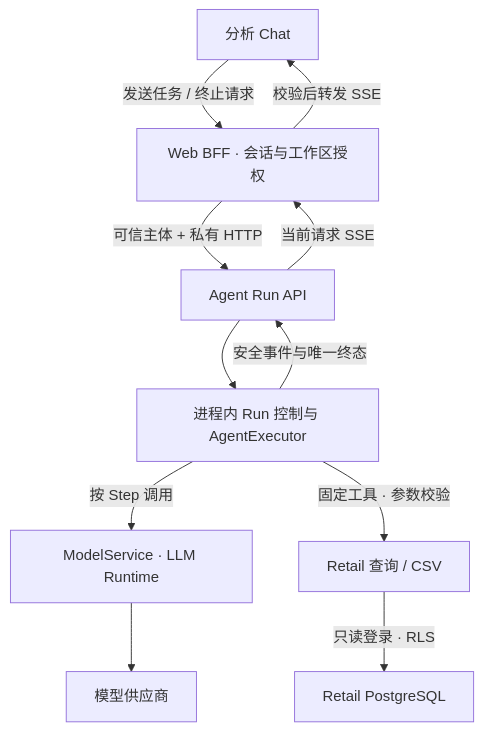
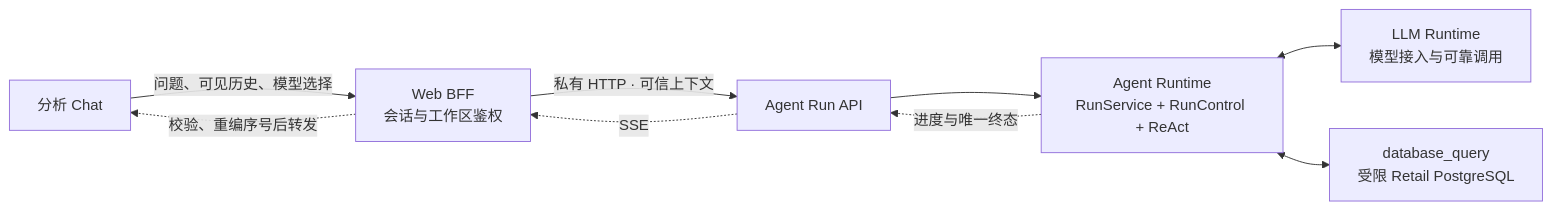
Before and after one commit to RuiLu007/compass: the first of 7 diagrams in mai-specs/989-lesson-15-agent-execution-kernel/design/TECH_DESIGN.md, drawn with Mermaid. The commit also changed other lines of this file and 607 other files, not shown here.

````diff
--- a/mai-specs/989-lesson-15-agent-execution-kernel/design/TECH_DESIGN.md
+++ b/mai-specs/989-lesson-15-agent-execution-kernel/design/TECH_DESIGN.md
@@ -22,13 +15,12 @@
-```mermaid
-flowchart TD
-    W["分析 Chat"] -->|"发送任务 / 终止请求"| B["Web BFF · 会话与工作区授权"]
-    B -->|"可信主体 + 私有 HTTP"| A["Agent Run API"]
-    A --> R["进程内 Run 控制与 AgentExecutor"]
-    R -->|"按 Step 调用"| M["ModelService · LLM Runtime"]
-    M --> P["模型供应商"]
-    R -->|"固定工具 · 参数校验"| Q["Retail 查询 / CSV"]
-    Q -->|"只读登录 · RLS"| D["Retail PostgreSQL"]
-    R -->|"安全事件与唯一终态"| A
-    A -->|"当前请求 SSE"| B
-    B -->|"校验后转发 SSE"| W
+```mermaid 分析 Chat 到 Agent Runtime
+flowchart LR
+    accTitle: 分析 Chat 到 Agent Runtime
+    W["分析 Chat"] -->|"问题、可见历史、模型选择"| B["Web BFF<br/>会话与工作区鉴权"]
+    B -->|"私有 HTTP · 可信上下文"| A["Agent Run API"]
+    A --> R["Agent Runtime<br/>RunService + RunControl + ReAct"]
+    R <--> M["LLM Runtime<br/>模型接入与可靠调用"]
+    R <--> T["database_query<br/>受限 Retail PostgreSQL"]
+    R -.->|"进度与唯一终态"| A
+    A -.->|"SSE"| B
+    B -.->|"校验、重编序号后转发"| W
 ```
````
